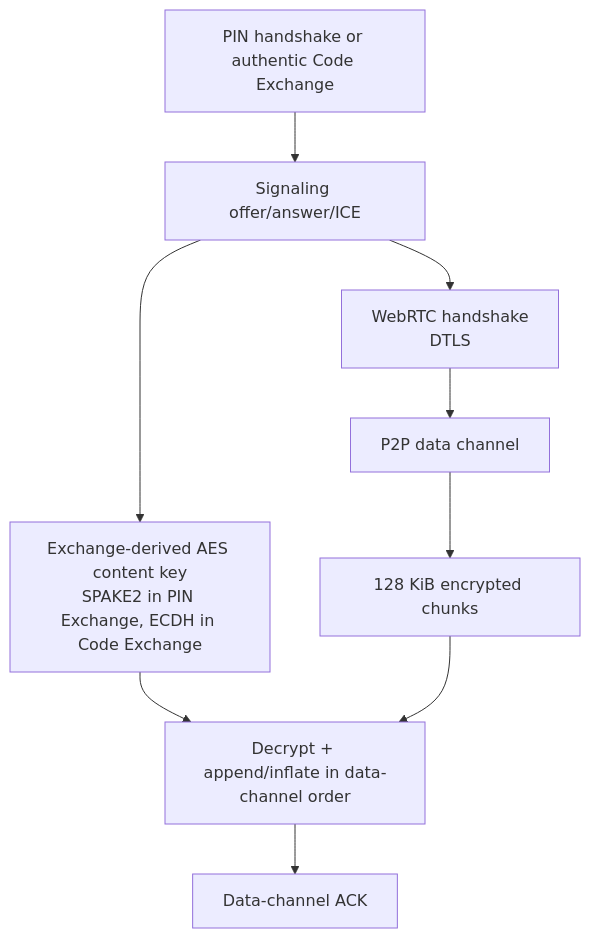
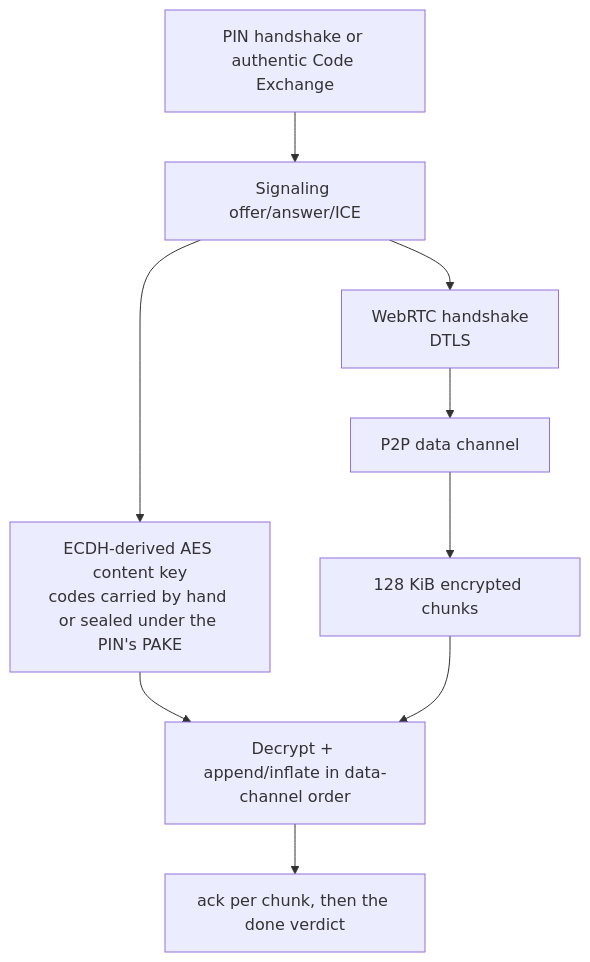
The fifth of 5 diagrams in docs/ARCHITECTURE.md (andrewtheguy/ptransfer), drawn with Mermaid before and after one commit. The commit also changed other lines of this file and 40 other files, not shown here.

````diff
--- a/docs/ARCHITECTURE.md
+++ b/docs/ARCHITECTURE.md
@@ -913,11 +938,11 @@
 ```mermaid
 flowchart TD
     Secret[PIN handshake or authentic Code Exchange] --> Signaling[Signaling offer/answer/ICE]
-    Signaling --> Key[Exchange-derived AES content key<br/>SPAKE2 in PIN Exchange, ECDH in Code Exchange]
+    Signaling --> Key[ECDH-derived AES content key<br/>codes carried by hand or sealed under the PIN's PAKE]
     Signaling --> DTLS[WebRTC handshake<br/>DTLS]
     DTLS --> Channel[P2P data channel]
     Channel --> Chunks[128 KiB encrypted chunks]
     Key --> Write[Decrypt + append/inflate in data-channel order]
     Chunks --> Write
-    Write --> Ack[Data-channel ACK]
+    Write --> Ack[ack per chunk, then the done verdict]
 ```
````
